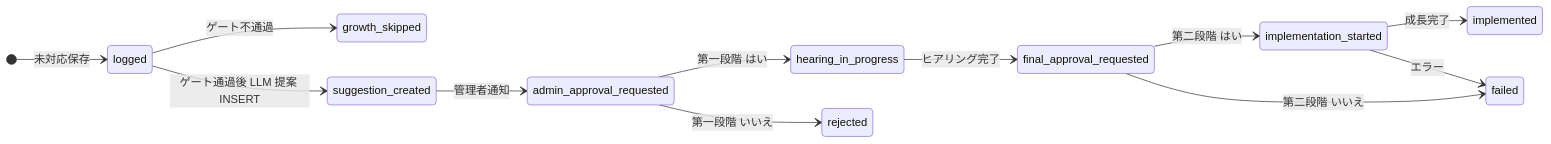
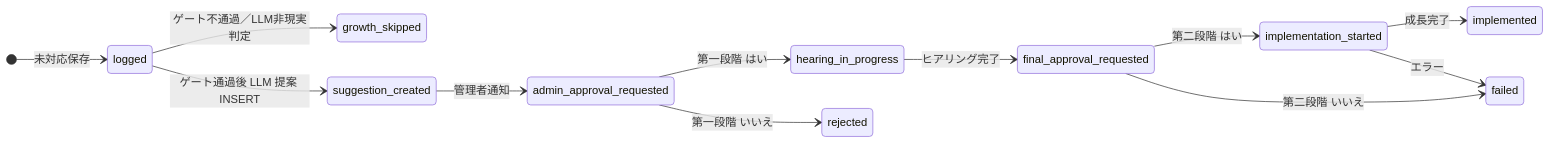
Before and after one commit to kazz-0818/NEAR: the diagram in GROWTH.md, drawn with Mermaid. The commit also changed other lines of this file and 6 other files, not shown here.

````diff
--- a/GROWTH.md
+++ b/GROWTH.md
@@ -12,15 +12,15 @@
 ```mermaid
 stateDiagram-v2
   direction LR
   [*] --> logged: 未対応保存
-  logged --> growth_skipped: ゲート不通過
+    logged --> growth_skipped: ゲート不通過／LLM非現実判定
   logged --> suggestion_created: ゲート通過後 LLM 提案 INSERT
   suggestion_created --> admin_approval_requested: 管理者通知
   admin_approval_requested --> hearing_in_progress: 第一段階 はい
   admin_approval_requested --> rejected: 第一段階 いいえ
   hearing_in_progress --> final_approval_requested: ヒアリング完了
   final_approval_requested --> implementation_started: 第二段階 はい
   final_approval_requested --> failed: 第二段階 いいえ
   implementation_started --> implemented: 成長完了
   implementation_started --> failed: エラー
 ```
````
